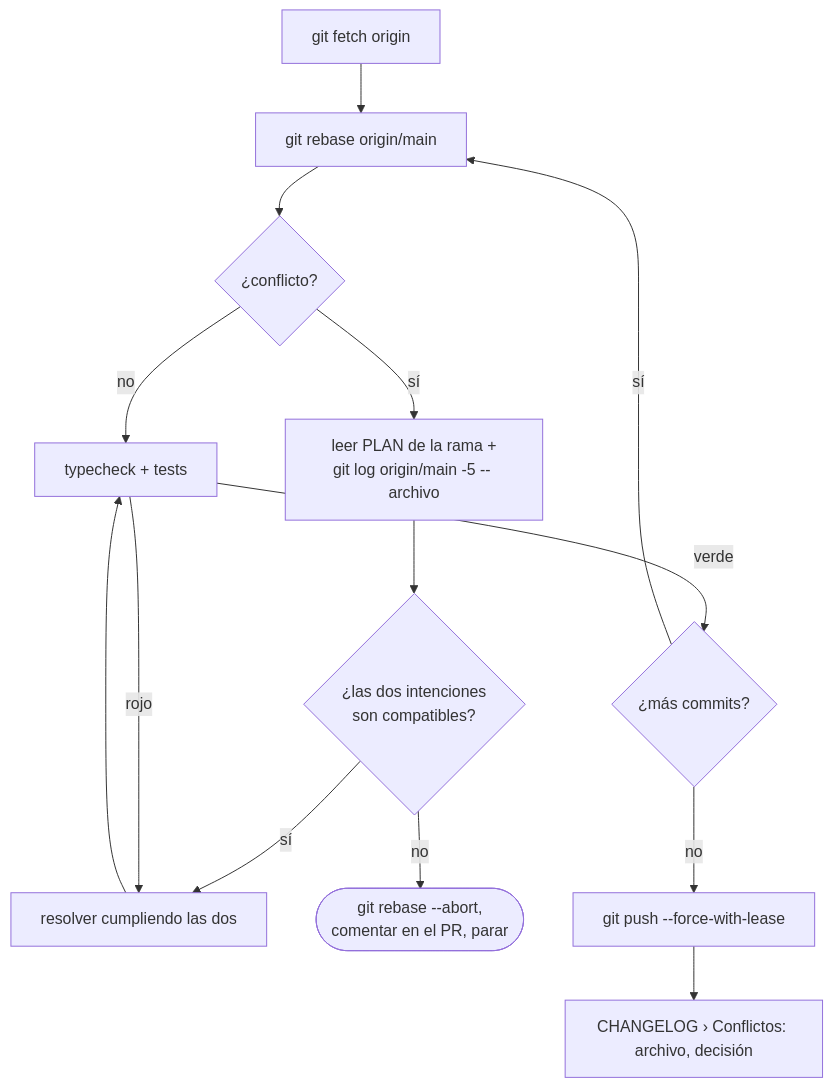
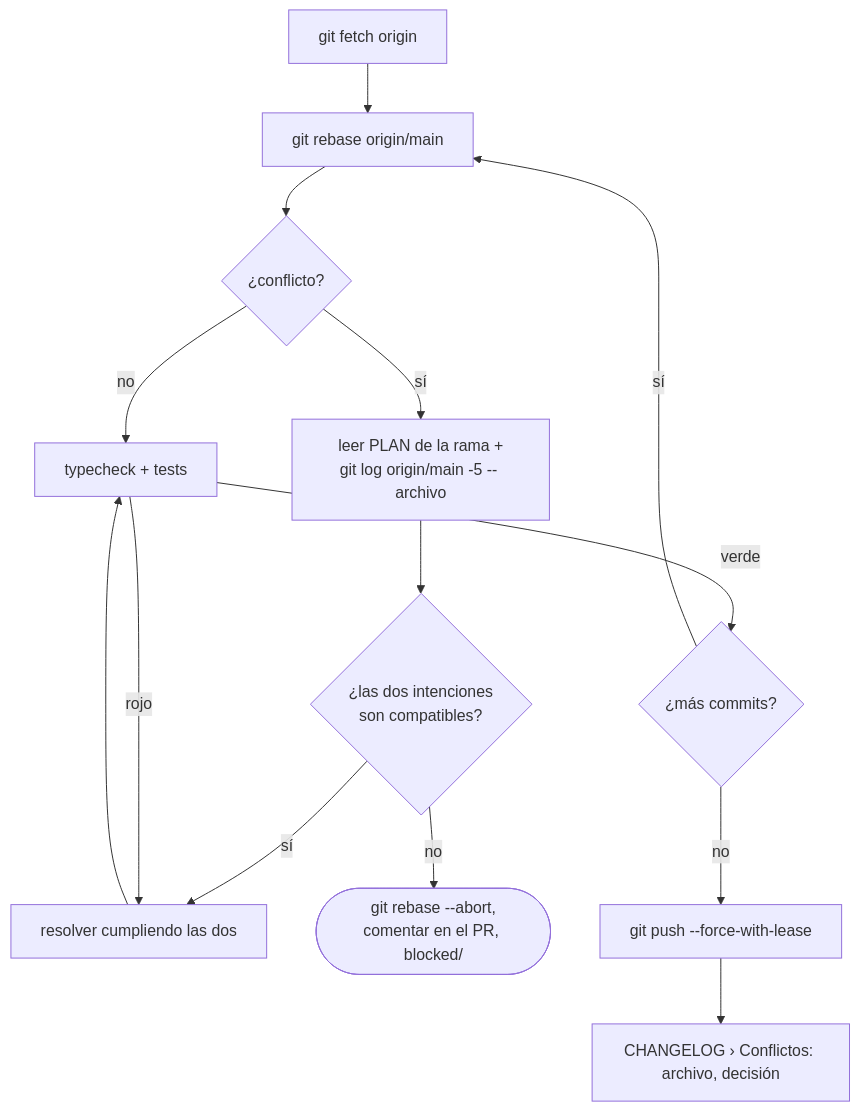
Before and after one commit to octavio-parozlabs/mindstack: the diagram in skills/workflow/references/conflicts.md, drawn with Mermaid. The commit also changed other lines of this file and 44 other files, not shown here.

````diff
--- a/skills/workflow/references/conflicts.md
+++ b/skills/workflow/references/conflicts.md
@@ -5,15 +5,15 @@
 ```mermaid
 flowchart TD
     F[git fetch origin] --> R[git rebase origin/main]
     R --> C{¿conflicto?}
     C -- no --> T
     C -- sí --> L[leer PLAN de la rama +\ngit log origin/main -5 -- archivo]
     L --> I{¿las dos intenciones\nson compatibles?}
     I -- sí --> S[resolver cumpliendo las dos] --> T[typecheck + tests]
-    I -- no --> A([git rebase --abort,\ncomentar en el PR, parar])
+    I -- no --> A([git rebase --abort,\ncomentar en el PR, blocked/])
     T -- rojo --> S
     T -- verde --> N{¿más commits?}
     N -- sí --> R
     N -- no --> P[git push --force-with-lease]
     P --> W[CHANGELOG › Conflictos: archivo, decisión]
 ```
````
